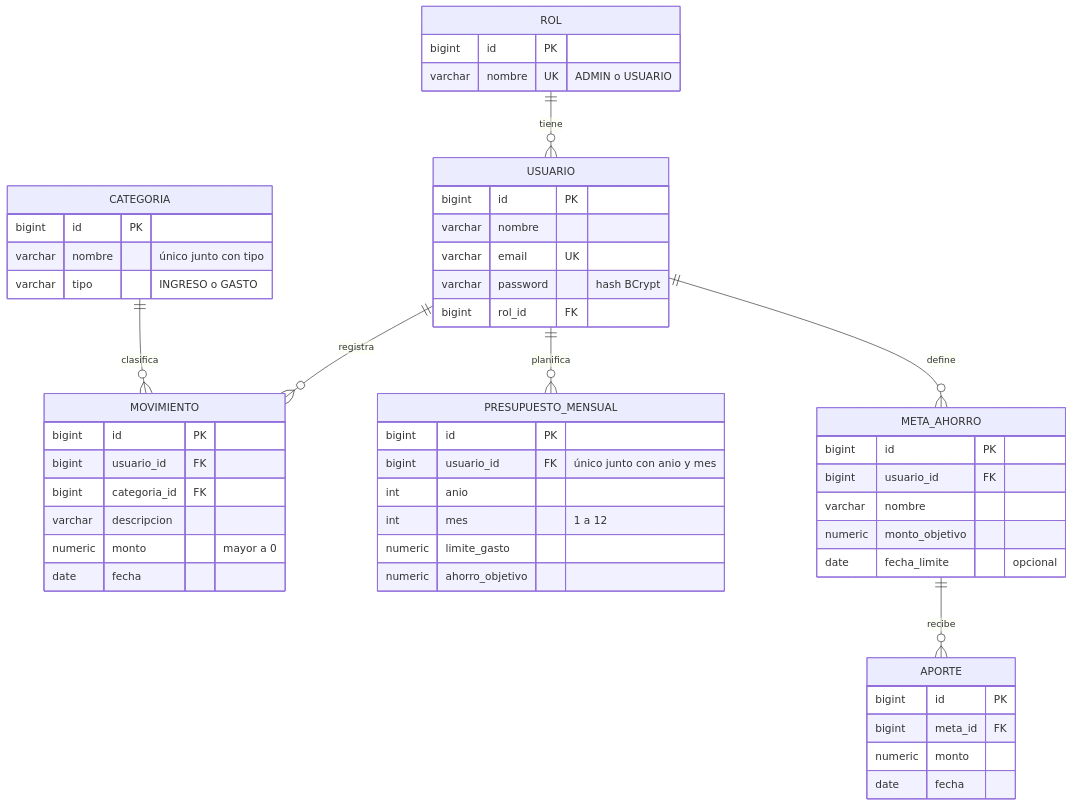
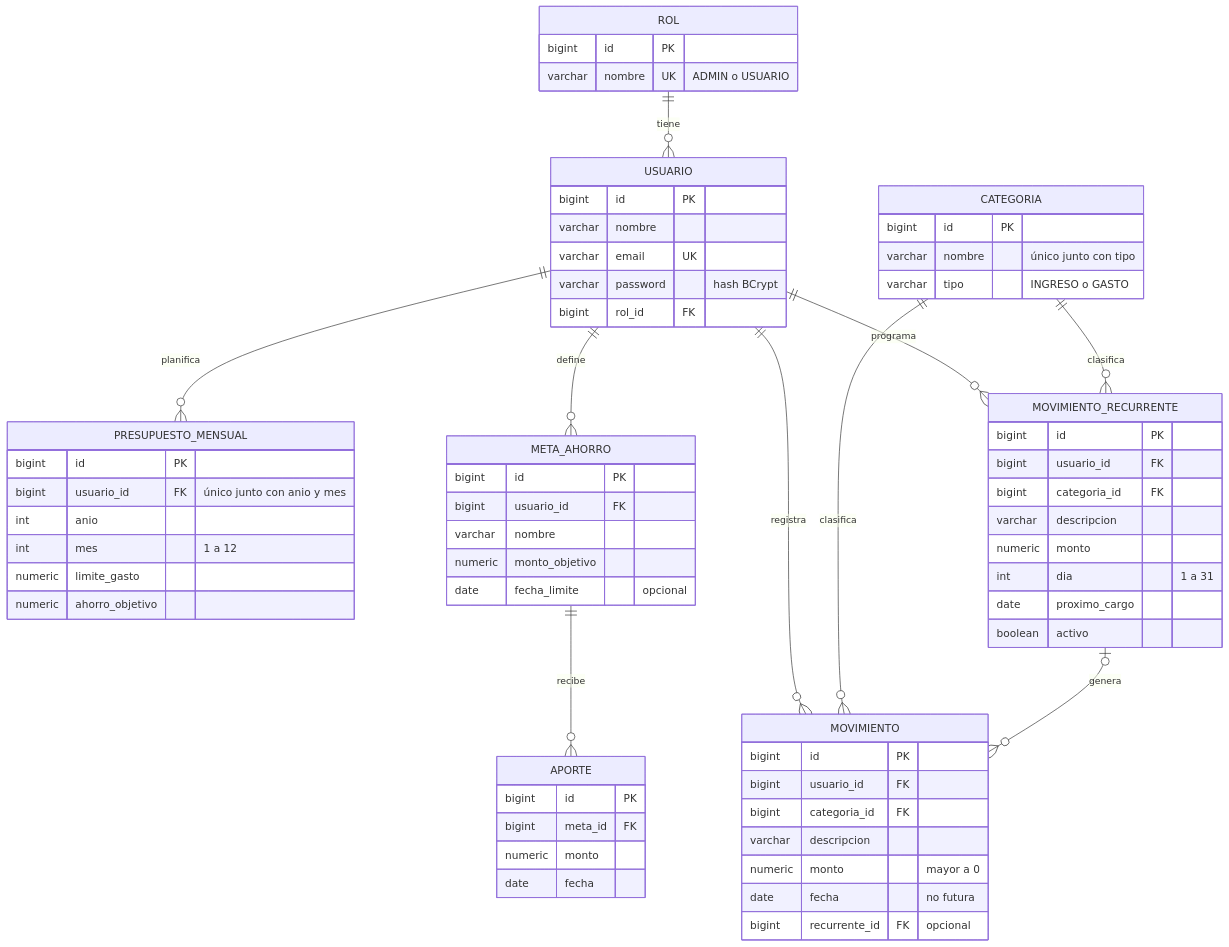
One commit to DiegoPorrasZela/GAMS-Finanzas-backend changed the third of 3 diagrams in README.md. Above: the diagram before and after it, drawn with Mermaid. The commit also changed other lines of this file, not shown here.

Commit message:
README: reglas de negocio, movimientos automáticos y diagrama entidad-relación actualizado

````diff
--- a/README.md
+++ b/README.md
@@ -79,55 +95,69 @@
 ```mermaid
 erDiagram
     ROL ||--o{ USUARIO : "tiene"
     USUARIO ||--o{ MOVIMIENTO : "registra"
     CATEGORIA ||--o{ MOVIMIENTO : "clasifica"
     USUARIO ||--o{ PRESUPUESTO_MENSUAL : "planifica"
     USUARIO ||--o{ META_AHORRO : "define"
     META_AHORRO ||--o{ APORTE : "recibe"
+    USUARIO ||--o{ MOVIMIENTO_RECURRENTE : "programa"
+    CATEGORIA ||--o{ MOVIMIENTO_RECURRENTE : "clasifica"
+    MOVIMIENTO_RECURRENTE |o--o{ MOVIMIENTO : "genera"
 
     ROL {
         bigint id PK
         varchar nombre UK "ADMIN o USUARIO"
     }
     USUARIO {
         bigint id PK
         varchar nombre
         varchar email UK
         varchar password "hash BCrypt"
         bigint rol_id FK
     }
     CATEGORIA {
         bigint id PK
         varchar nombre "único junto con tipo"
         varchar tipo "INGRESO o GASTO"
     }
     MOVIMIENTO {
         bigint id PK
         bigint usuario_id FK
         bigint categoria_id FK
         varchar descripcion
         numeric monto "mayor a 0"
-        date fecha
+        date fecha "no futura"
+        bigint recurrente_id FK "opcional"
+    }
+    MOVIMIENTO_RECURRENTE {
+        bigint id PK
+        bigint usuario_id FK
+        bigint categoria_id FK
+        varchar descripcion
+        numeric monto
+        int dia "1 a 31"
+        date proximo_cargo
+        boolean activo
     }
     PRESUPUESTO_MENSUAL {
         bigint id PK
         bigint usuario_id FK "único junto con anio y mes"
         int anio
         int mes "1 a 12"
         numeric limite_gasto
         numeric ahorro_objetivo
     }
     META_AHORRO {
         bigint id PK
         bigint usuario_id FK
         varchar nombre
         numeric monto_objetivo
         date fecha_limite "opcional"
     }
     APORTE {
         bigint id PK
         bigint meta_id FK
         numeric monto
         date fecha
     }
 ```
````
